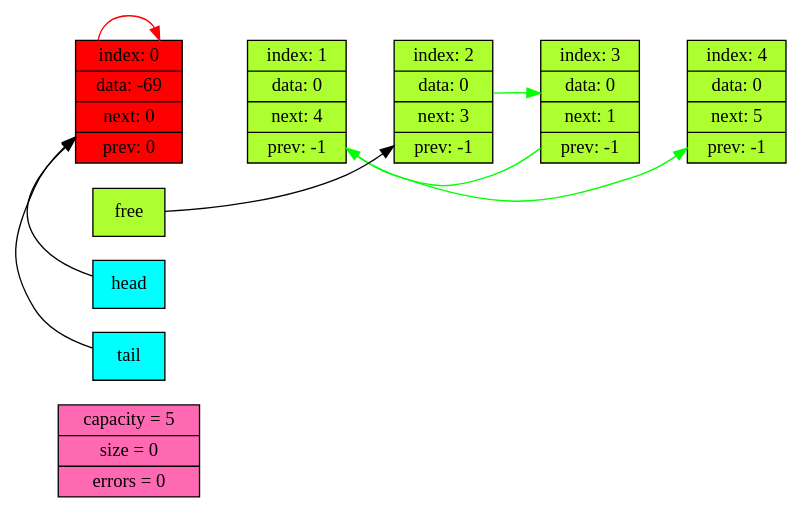
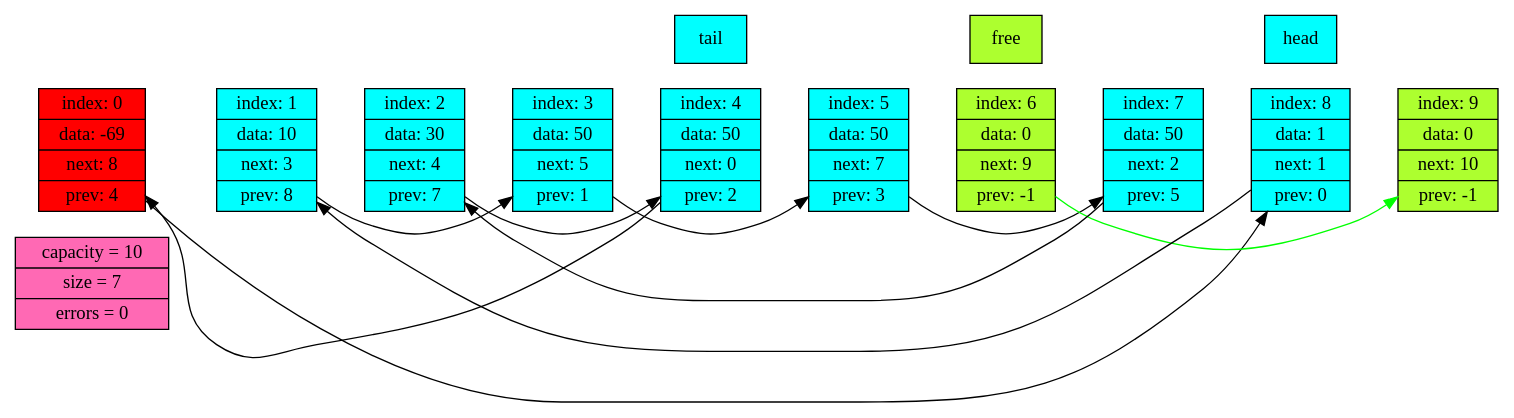
The diagram in Dump.dot (egor7531/List), drawn with Graphviz before and after one commit. The commit also changed 6 other files, not shown here.

Commit message:
change graphic dump

```diff
--- a/Dump.dot
+++ b/Dump.dot
@@ -1,23 +1,34 @@
 digraph G
 {
 rankdir = LR;
 node [style = "filled", shape = "record", color = "#000000"];
-info [fillcolor = "#FF69B4", label =  " capacity = 5 | size = 0 | errors = 0 "];
-node0 -> node1 -> node2 -> node3 -> node4 [style = "invis"];
-free [shape = "rect" fillcolor = "#ADFF2F"];
+info [fillcolor = "#FF69B4", label =  " capacity = 10 | size = 7 | errors = 0 "];
+node0 -> node1 -> node2 -> node3 -> node4 -> node5 -> node6 -> node7 -> node8 -> node9 [style = "invis"];
+{
+node0 [fillcolor = "#FF0000", label =  " index: 0 | data: -69 | <next> next: 8 | <prev> prev: 4 "];
+node1 [fillcolor = "#00FFFF", label =  " index: 1 | data: 10 | <next> next: 3 | <prev> prev: 8 "];
+node2 [fillcolor = "#00FFFF", label =  " index: 2 | data: 30 | <next> next: 4 | <prev> prev: 7 "];
+node3 [fillcolor = "#00FFFF", label =  " index: 3 | data: 50 | <next> next: 5 | <prev> prev: 1 "];
+node4 [fillcolor = "#00FFFF", label =  " index: 4 | data: 50 | <next> next: 0 | <prev> prev: 2 "];
+node5 [fillcolor = "#00FFFF", label =  " index: 5 | data: 50 | <next> next: 7 | <prev> prev: 3 "];
+node6 [fillcolor = "#ADFF2F", label =  " index: 6 | data: 0 | <next> next: 9 | <prev> prev: -1 "];
+node7 [fillcolor = "#00FFFF", label =  " index: 7 | data: 50 | <next> next: 2 | <prev> prev: 5 "];
+node8 [fillcolor = "#00FFFF", label =  " index: 8 | data: 1 | <next> next: 1 | <prev> prev: 0 "];
+node9 [fillcolor = "#ADFF2F", label =  " index: 9 | data: 0 | <next> next: 10 | <prev> prev: -1 "];
+edge [style = "solid", constraint = false];
+node0 -> node8 [color = "#000000"];
+node1 -> node3 [color = "#000000"];
+node2 -> node4 [color = "#000000"];
+node3 -> node5 [color = "#000000"];
+node4 -> node0 [color = "#000000"];
+node5 -> node7 [color = "#000000"];
+node6 -> node9 [color = "#00FF00"];
+node7 -> node2 [color = "#000000"];
+node8 -> node1 [color = "#000000"];
+}free [shape = "rect" fillcolor = "#ADFF2F"];
 head [shape = "rect" fillcolor = "#00FFFF"];
 tail [shape = "rect" fillcolor = "#00FFFF"];
-node0 [fillcolor = "#FF0000", label =  " index: 0 | data: -69 | <next> next: 0 | <prev> prev: 0 "];
-node1 [fillcolor = "#ADFF2F", label =  " index: 1 | data: 0 | <next> next: 4 | <prev> prev: -1 "];
-node2 [fillcolor = "#ADFF2F", label =  " index: 2 | data: 0 | <next> next: 3 | <prev> prev: -1 "];
-node3 [fillcolor = "#ADFF2F", label =  " index: 3 | data: 0 | <next> next: 1 | <prev> prev: -1 "];
-node4 [fillcolor = "#ADFF2F", label =  " index: 4 | data: 0 | <next> next: 5 | <prev> prev: -1 "];
-edge [style = "solid", constraint = false];
-free -> node2 [color = "#000000"];
-head -> node0 [color = "#000000"];
-tail -> node0 [color = "#000000"];
-node0 -> node0 [color = "#FF0000"];
-node1 -> node4 [color = "#00FF00"];
-node2 -> node3 [color = "#00FF00"];
-node3 -> node1 [color = "#00FF00"];
+{ rank = same; node6; free; }
+{ rank = same; node8; head; }
+{ rank = same; node4; tail; };
 }
```
